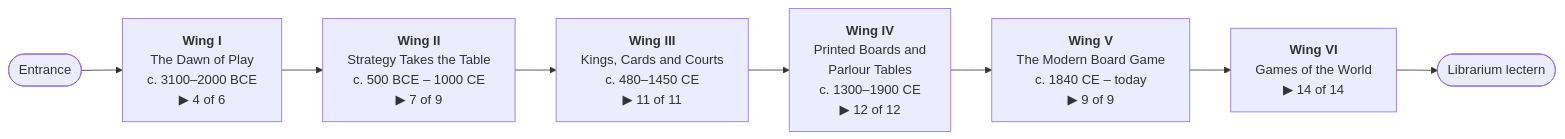
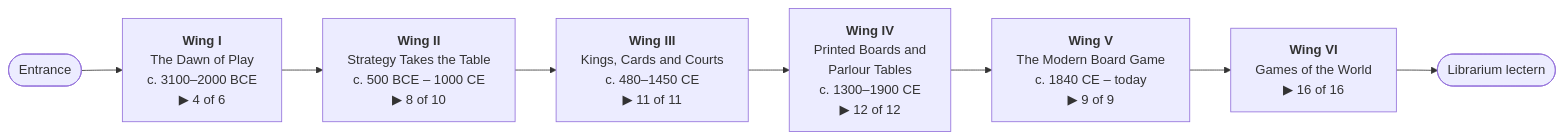
The first of 2 diagrams in README.md (CptNope/Librarium-Archives), drawn with Mermaid before and after one commit. The commit also changed other lines of this file and 15 other files, not shown here.

````diff
--- a/README.md
+++ b/README.md
@@ -15,10 +15,10 @@
 ```mermaid
 flowchart LR
     E([Entrance]) --> W1
     W1["<b>Wing I</b><br/>The Dawn of Play<br/>c. 3100–2000 BCE<br/>▶ 4 of 6"] --> W2
-    W2["<b>Wing II</b><br/>Strategy Takes the Table<br/>c. 500 BCE – 1000 CE<br/>▶ 7 of 9"] --> W3
+    W2["<b>Wing II</b><br/>Strategy Takes the Table<br/>c. 500 BCE – 1000 CE<br/>▶ 8 of 10"] --> W3
     W3["<b>Wing III</b><br/>Kings, Cards and Courts<br/>c. 480–1450 CE<br/>▶ 11 of 11"] --> W4
     W4["<b>Wing IV</b><br/>Printed Boards and<br/>Parlour Tables<br/>c. 1300–1900 CE<br/>▶ 12 of 12"] --> W5
     W5["<b>Wing V</b><br/>The Modern Board Game<br/>c. 1840 CE – today<br/>▶ 9 of 9"] --> W6
-    W6["<b>Wing VI</b><br/>Games of the World<br/>▶ 14 of 14"] --> L([Librarium lectern])
+    W6["<b>Wing VI</b><br/>Games of the World<br/>▶ 16 of 16"] --> L([Librarium lectern])
 ```
````
